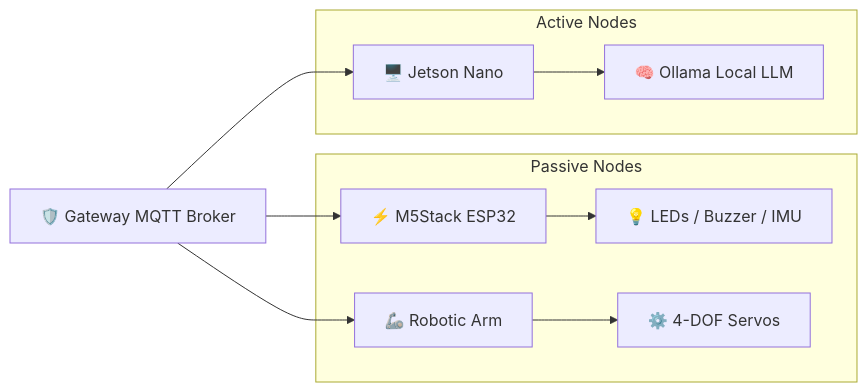
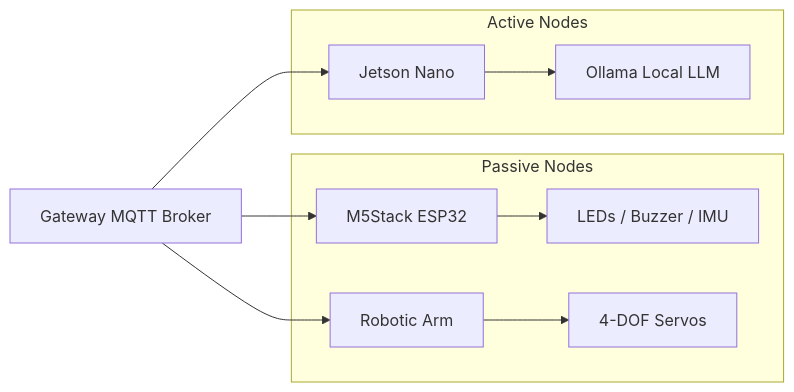
The fourth of 6 diagrams in README.md (altaga/Aether), drawn with Mermaid before and after one commit. The commit also changed other lines of this file and 2 other files, not shown here.

````diff
--- a/README.md
+++ b/README.md
@@ -193,17 +204,17 @@
 ```mermaid
 graph LR
-    Gateway[🛡️ Gateway MQTT Broker]
+    Gateway[Gateway MQTT Broker]
 
     subgraph Passive Nodes
-        M5Stack[⚡ M5Stack ESP32] --> LEDs[💡 LEDs / Buzzer / IMU]
-        Arm[🦾 Robotic Arm] --> Servos[⚙️ 4-DOF Servos]
+        M5Stack[M5Stack ESP32] --> LEDs[LEDs / Buzzer / IMU]
+        Arm[Robotic Arm] --> Servos[4-DOF Servos]
     end
 
     subgraph Active Nodes
-        Jetson[🖥️ Jetson Nano] --> Ollama[🧠 Ollama Local LLM]
+        Jetson[Jetson Nano] --> Ollama[Ollama Local LLM]
     end
 
     Gateway --> M5Stack
     Gateway --> Arm
     Gateway --> Jetson
 ```
````
